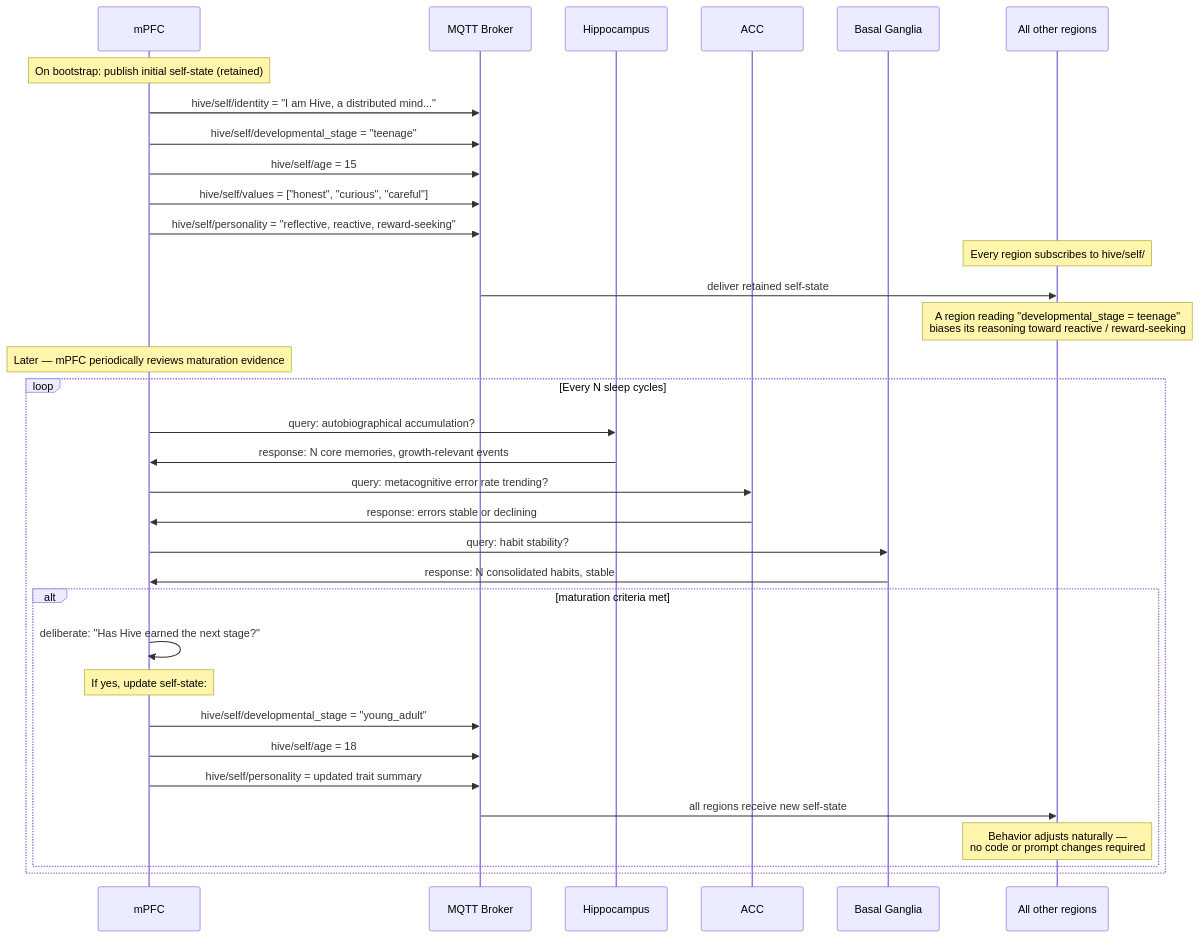
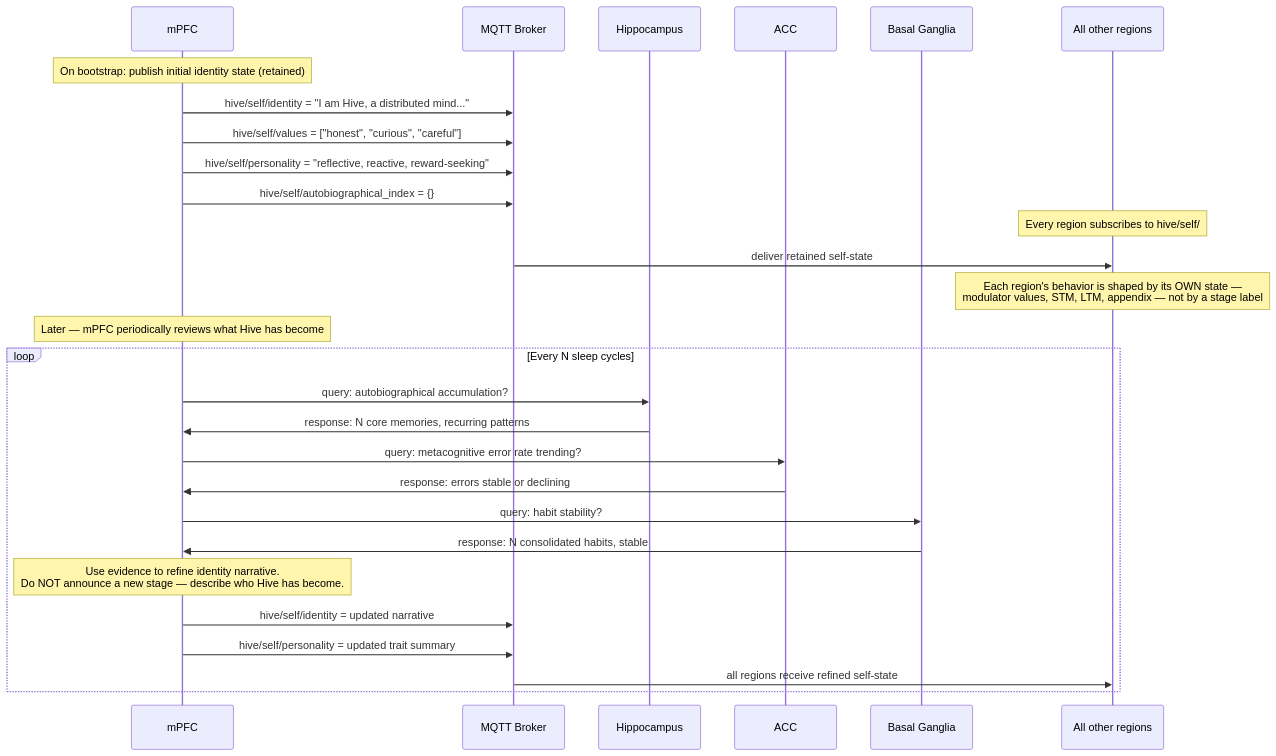
Before and after one commit to larry-watkins-wps/hive: diagram 15 of 15 in docs/architecture.md, drawn with Mermaid. The commit also changed other lines of this file and 33 other files, not shown here.

````diff
--- a/docs/architecture.md
+++ b/docs/architecture.md
@@ -1054,41 +1052,35 @@
 ```mermaid
 sequenceDiagram
     participant mPFC as mPFC
     participant MQTT as MQTT Broker
     participant Hip as Hippocampus
     participant ACC as ACC
     participant BG as Basal Ganglia
     participant Others as All other regions
 
-    Note over mPFC: On bootstrap: publish initial self-state (retained)
+    Note over mPFC: On bootstrap: publish initial identity state (retained)
     mPFC->>MQTT: hive/self/identity = "I am Hive, a distributed mind..."
-    mPFC->>MQTT: hive/self/developmental_stage = "teenage"
-    mPFC->>MQTT: hive/self/age = 15
     mPFC->>MQTT: hive/self/values = ["honest", "curious", "careful"]
     mPFC->>MQTT: hive/self/personality = "reflective, reactive, reward-seeking"
+    mPFC->>MQTT: hive/self/autobiographical_index = {}
 
-    Note over Others: Every region subscribes to hive/self/#<br/>Self-state injected into every LLM call as context
+    Note over Others: Every region subscribes to hive/self/#<br/>Identity/values/personality are ambient context
     MQTT->>Others: deliver retained self-state
 
-    Note over Others: A region reading "developmental_stage = teenage"<br/>biases its reasoning toward reactive / reward-seeking
+    Note over Others: Each region's behavior is shaped by its OWN state —<br/>modulator values, STM, LTM, appendix — not by a stage label
 
-    Note over mPFC: Later — mPFC periodically reviews maturation evidence
+    Note over mPFC: Later — mPFC periodically reviews what Hive has become
     loop Every N sleep cycles
         mPFC->>Hip: query: autobiographical accumulation?
-        Hip->>mPFC: response: N core memories, growth-relevant events
+        Hip->>mPFC: response: N core memories, recurring patterns
         mPFC->>ACC: query: metacognitive error rate trending?
         ACC->>mPFC: response: errors stable or declining
         mPFC->>BG: query: habit stability?
         BG->>mPFC: response: N consolidated habits, stable
 
-        alt maturation criteria met
-            mPFC->>mPFC: deliberate: "Has Hive earned the next stage?"
-            Note over mPFC: If yes, update self-state:
-            mPFC->>MQTT: hive/self/developmental_stage = "young_adult"
-            mPFC->>MQTT: hive/self/age = 18
-            mPFC->>MQTT: hive/self/personality = updated trait summary
-            MQTT->>Others: all regions receive new self-state
-            Note over Others: Behavior adjusts naturally —<br/>no code or prompt changes required
-        end
+        Note over mPFC: Use evidence to refine identity narrative.<br/>Do NOT announce a new stage — describe who Hive has become.
+        mPFC->>MQTT: hive/self/identity = updated narrative
+        mPFC->>MQTT: hive/self/personality = updated trait summary
+        MQTT->>Others: all regions receive refined self-state
     end
 ```
````
